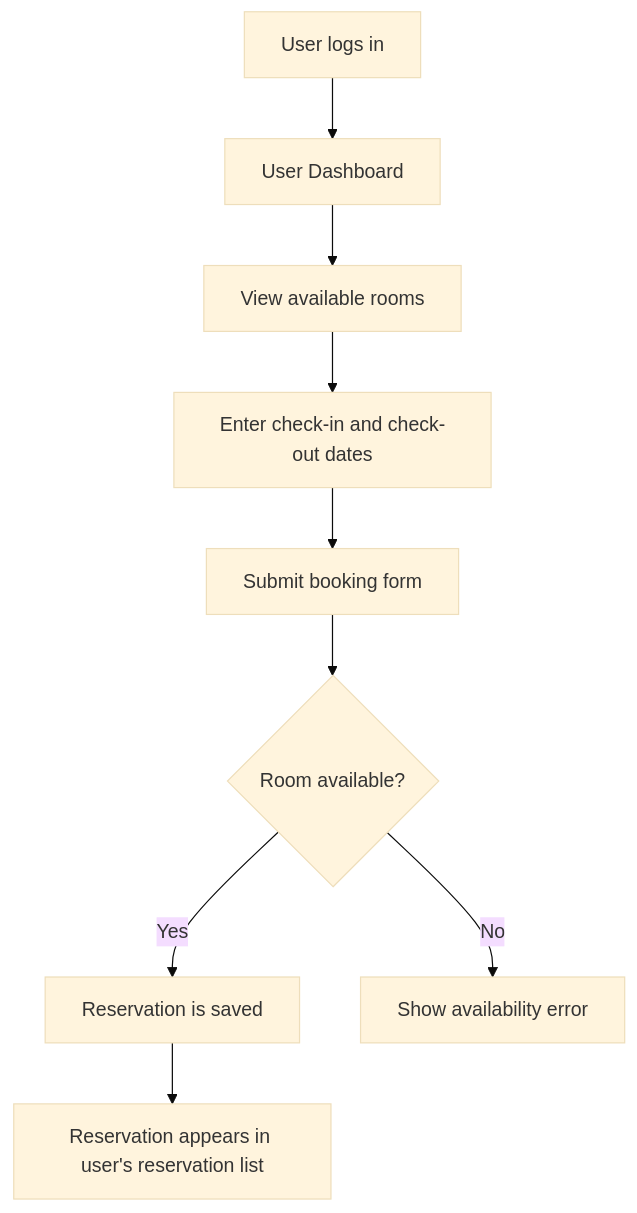
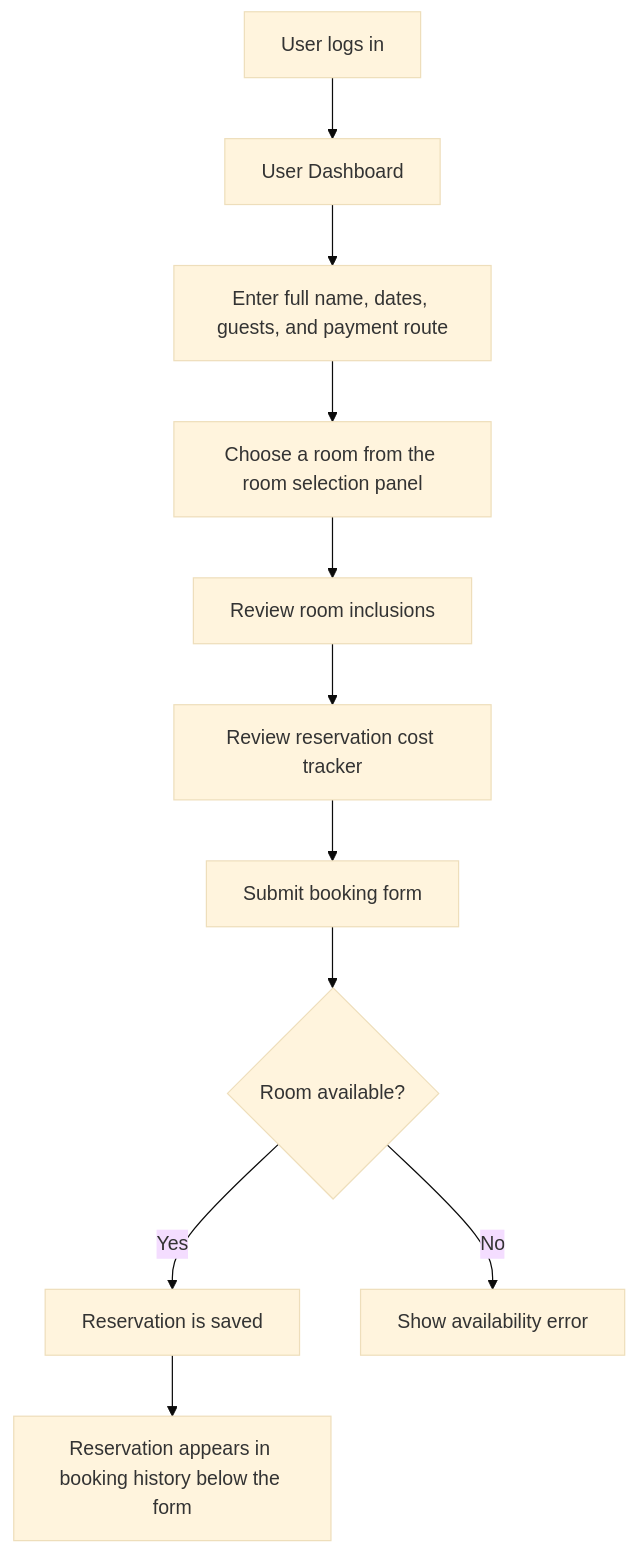
The third of 4 diagrams in docs/website-flowchart.md (WizardOfXerox/Emperor-Hotel), drawn with Mermaid (base theme) before and after one commit. The commit also changed other lines of this file and 55 other files, not shown here.

Commit message:
Simplify hotel reservation flow

````diff
--- a/docs/website-flowchart.md
+++ b/docs/website-flowchart.md
@@ -63,11 +89,13 @@
 ```mermaid
 flowchart TD
     A[User logs in] --> B[User Dashboard]
-    B --> C[View available rooms]
-    C --> D[Enter check-in and check-out dates]
-    D --> E[Submit booking form]
+    B --> C[Enter full name, dates, guests, and payment route]
+    C --> C1[Choose a room from the room selection panel]
+    C1 --> D[Review room inclusions]
+    D --> D1[Review reservation cost tracker]
+    D1 --> E[Submit booking form]
     E --> F{Room available?}
     F -->|Yes| G[Reservation is saved]
     F -->|No| H[Show availability error]
-    G --> I[Reservation appears in user's reservation list]
+    G --> I[Reservation appears in booking history below the form]
 ```
````
